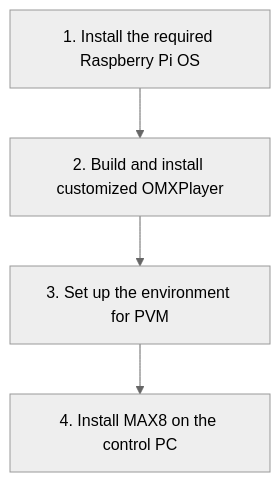
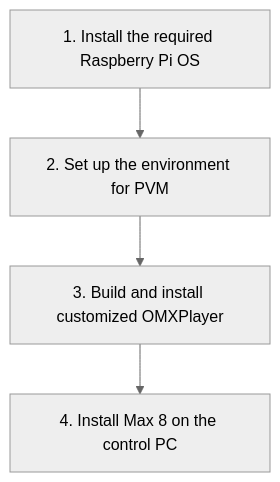
One commit to omarcostahamido/PVM changed the diagram in README.md. Above: the diagram before and after it, drawn with Mermaid (neutral theme). The commit also changed other lines of this file, not shown here.

Commit message:
reorganize `Installation` section

````diff
--- a/README.md
+++ b/README.md
@@ -15,7 +15,7 @@
 ```mermaid
 graph TD;
 A[1. Install the required Raspberry Pi OS] --> B;
-B[2. Build and install customized OMXPlayer] --> C;
-C[3. Set up the environment for PVM] --> D;
-D[4. Install MAX8 on the control PC]
+B[2. Set up the environment for PVM] --> C;
+C[3. Build and install customized OMXPlayer] --> D;
+D[4. Install Max 8 on the control PC]
 ```
````
